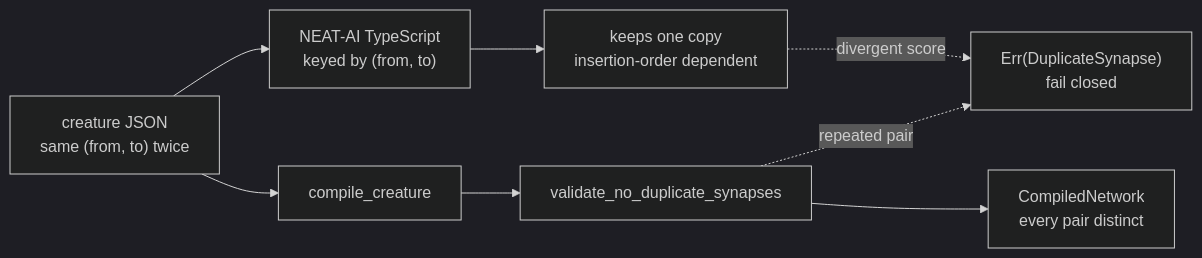
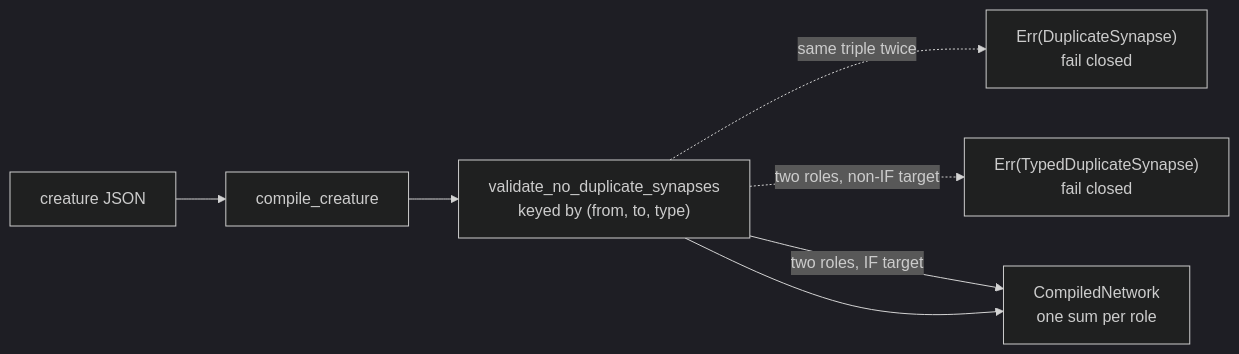
The eighth of 18 diagrams in README.md (stSoftwareAU/NEAT-AI-core), drawn with Mermaid (dark theme) before and after one commit. The commit also changed other lines of this file and 15 other files, not shown here.

First line of the commit message:
Key synapses by (from, to, type): relax the duplicate-pair rule for IF targets (Issue #577) (#578)

````diff
--- a/README.md
+++ b/README.md
@@ -466,10 +476,9 @@
 ```mermaid
 flowchart LR
-    J["creature JSON<br/>same (from, to) twice"] --> T["NEAT-AI TypeScript<br/>keyed by (from, to)"]
-    J --> R["compile_creature"]
-    T --> K["keeps one copy<br/>insertion-order dependent"]
-    R --> V["validate_no_duplicate_synapses"]
-    V -. "repeated pair" .-> X["Err(DuplicateSynapse)<br/>fail closed"]
-    V --> C["CompiledNetwork<br/>every pair distinct"]
-    K -. "divergent score" .-> X
+    J["creature JSON"] --> R["compile_creature"]
+    R --> V["validate_no_duplicate_synapses<br/>keyed by (from, to, type)"]
+    V -. "same triple twice" .-> X["Err(DuplicateSynapse)<br/>fail closed"]
+    V -. "two roles, non-IF target" .-> Y["Err(TypedDuplicateSynapse)<br/>fail closed"]
+    V -- "two roles, IF target" --> C["CompiledNetwork<br/>one sum per role"]
+    V --> C
 ```
````
